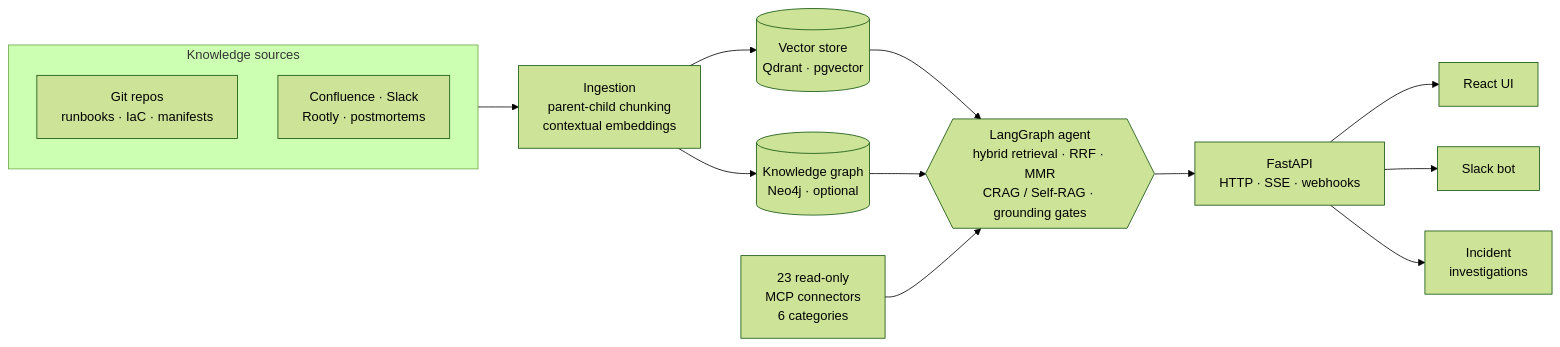
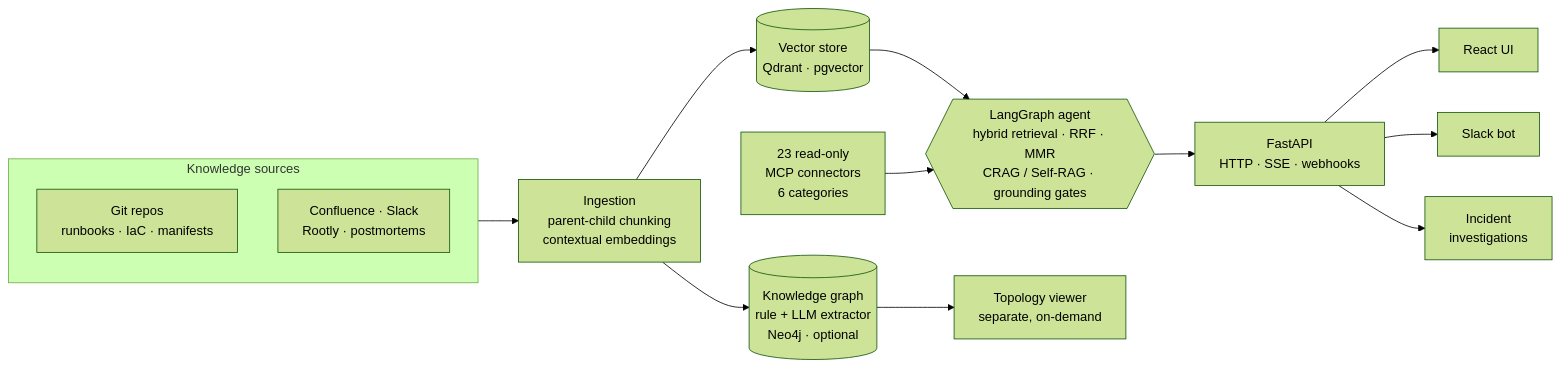
One commit to dtduc-git/opsrag changed the diagram in README.md. Above: the diagram before and after it, drawn with Mermaid (forest theme). The commit also changed other lines of this file and 39 other files, not shown here.

````diff
--- a/README.md
+++ b/README.md
@@ -62,23 +63,24 @@
 ```mermaid
 flowchart LR
     subgraph SRC ["Knowledge sources"]
         direction TB
         A[Git repos<br/>runbooks · IaC · manifests]
         B[Confluence · Slack<br/>Rootly · postmortems]
     end
 
     SRC --> ING[Ingestion<br/>parent-child chunking<br/>contextual embeddings]
     ING --> VS[(Vector store<br/>Qdrant · pgvector)]
-    ING --> KG[(Knowledge graph<br/>Neo4j · optional)]
+    ING --> KG[(Knowledge graph<br/>rule + LLM extractor<br/>Neo4j · optional)]
 
     VS --> AGENT
-    KG --> AGENT
     MCP[23 read-only<br/>MCP connectors<br/>6 categories] --> AGENT
 
     AGENT{{LangGraph agent<br/>hybrid retrieval · RRF · MMR<br/>CRAG / Self-RAG · grounding gates}}
+
+    KG --> TOPO[Topology viewer<br/>separate, on-demand]
 
     AGENT --> API[FastAPI<br/>HTTP · SSE · webhooks]
     API --> UI[React UI]
     API --> SLACK[Slack bot]
     API --> INV[Incident<br/>investigations]
 ```
````
